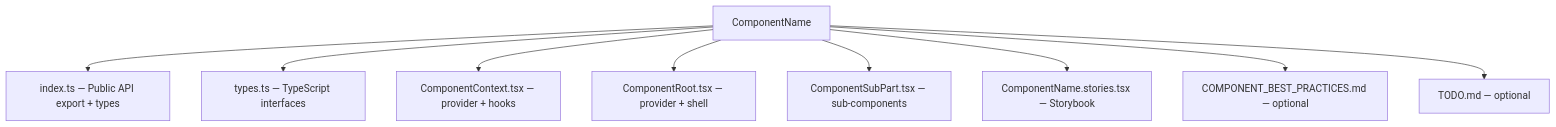
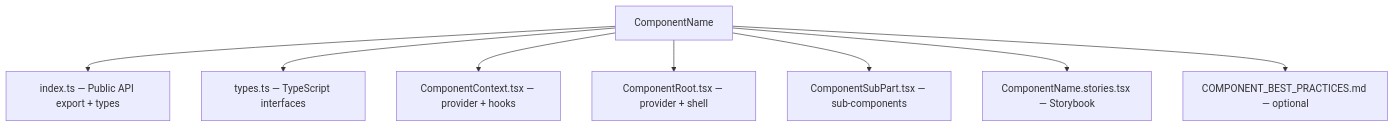
One commit to 567figures/ui changed the diagram in src/components/BEST_PRACTICES.md. Above: the diagram before and after it, drawn with Mermaid. The commit also changed other lines of this file and 42 other files, not shown here.

````diff
--- a/src/components/BEST_PRACTICES.md
+++ b/src/components/BEST_PRACTICES.md
@@ -175,12 +183,11 @@
 ```mermaid
 flowchart TD
   root[ComponentName]
   root --> indexTs["index.ts — Public API export + types"]
   root --> typesTs["types.ts — TypeScript interfaces"]
   root --> ctx["ComponentContext.tsx — provider + hooks"]
   root --> rootCmp["ComponentRoot.tsx — provider + shell"]
   root --> sub["ComponentSubPart.tsx — sub-components"]
   root --> stories["ComponentName.stories.tsx — Storybook"]
   root --> practices["COMPONENT_BEST_PRACTICES.md — optional"]
-  root --> todo["TODO.md — optional"]
 ```
````
